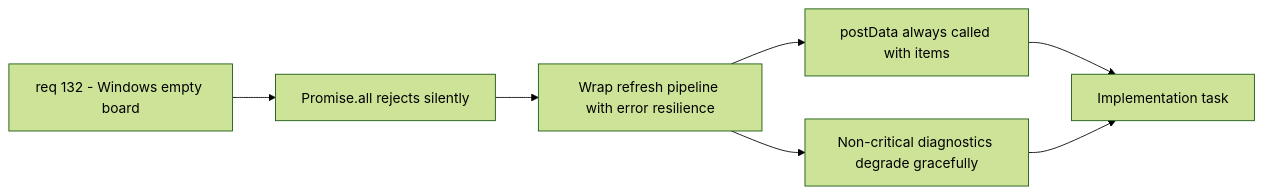
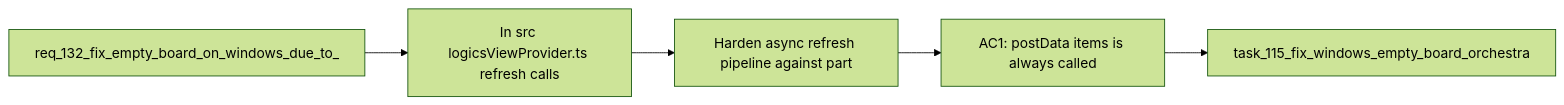
The diagram in logics/backlog/item_251_harden_async_refresh_pipeline_against_partial_promise_rejection.md (AlexAgo83/logics-manager), drawn with Mermaid (forest theme) before and after one commit. The commit also changed 481 other files, not shown here.

````diff
--- a/logics/backlog/item_251_harden_async_refresh_pipeline_against_partial_promise_rejection.md
+++ b/logics/backlog/item_251_harden_async_refresh_pipeline_against_partial_promise_rejection.md
@@ -21,11 +21,9 @@
 ```mermaid
 %% logics-kind: backlog
 %% logics-signature: backlog|harden-async-refresh-pipeline-against-pa|req-132-fix-empty-board-on-windows-due-t|in-src-logicsviewprovider-ts-refresh-cal|ac1-postdata-items-is-always-called
 flowchart LR
-    Request[req 132 - Windows empty board] --> Problem[Promise.all rejects silently]
-    Problem --> Scope[Wrap refresh pipeline with error resilience]
-    Scope --> AC1[postData always called with items]
-    Scope --> AC2[Non-critical diagnostics degrade gracefully]
-    AC1 --> Task[Implementation task]
-    AC2 --> Task
+    Request[req_132_fix_empty_board_on_windows_due_to_] --> Problem[In src logicsViewProvider.ts refresh calls]
+    Problem --> Scope[Harden async refresh pipeline against part]
+    Scope --> Acceptance[AC1: postData items is always called]
+    Acceptance --> Tasks[task_115_fix_windows_empty_board_orchestra]
 ```
````
